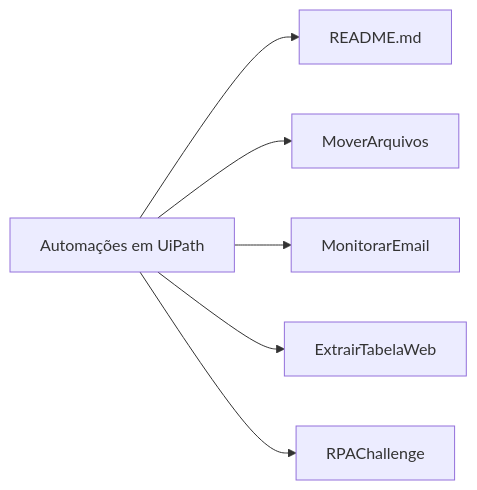
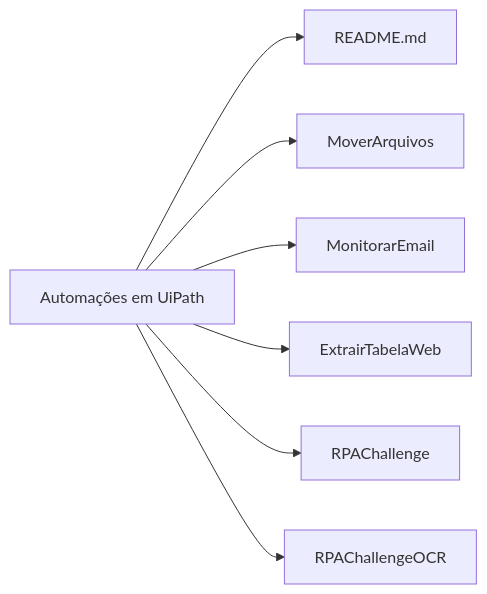
Before and after one commit to Galozi-Rafael/Automations-UiPath: the diagram in README.md, drawn with Mermaid.

Commit message:
docs: Atualiza o README.

````diff
--- a/README.md
+++ b/README.md
@@ -15,8 +15,9 @@
 ```mermaid
 graph LR
 A[Automações em UiPath] --> B[README.md]
 A --> C[MoverArquivos]
 A --> D[MonitorarEmail]
 A --> E[ExtrairTabelaWeb]
 A --> F[RPAChallenge]
+A --> G[RPAChallengeOCR]
 ```
````
